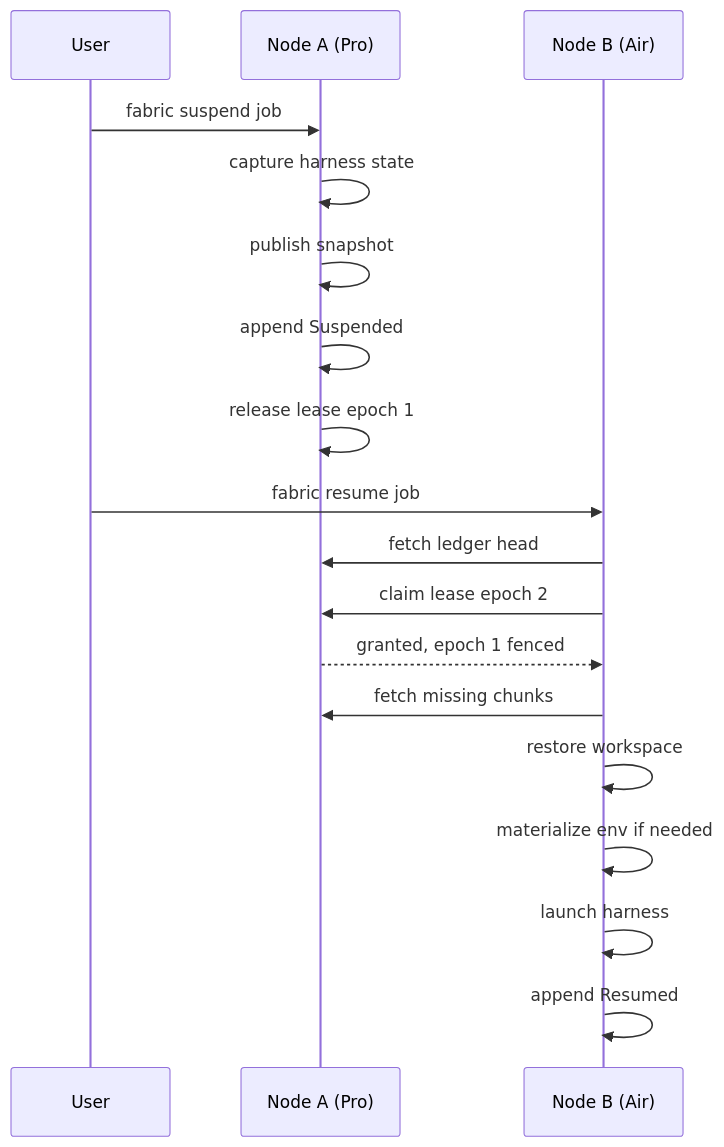
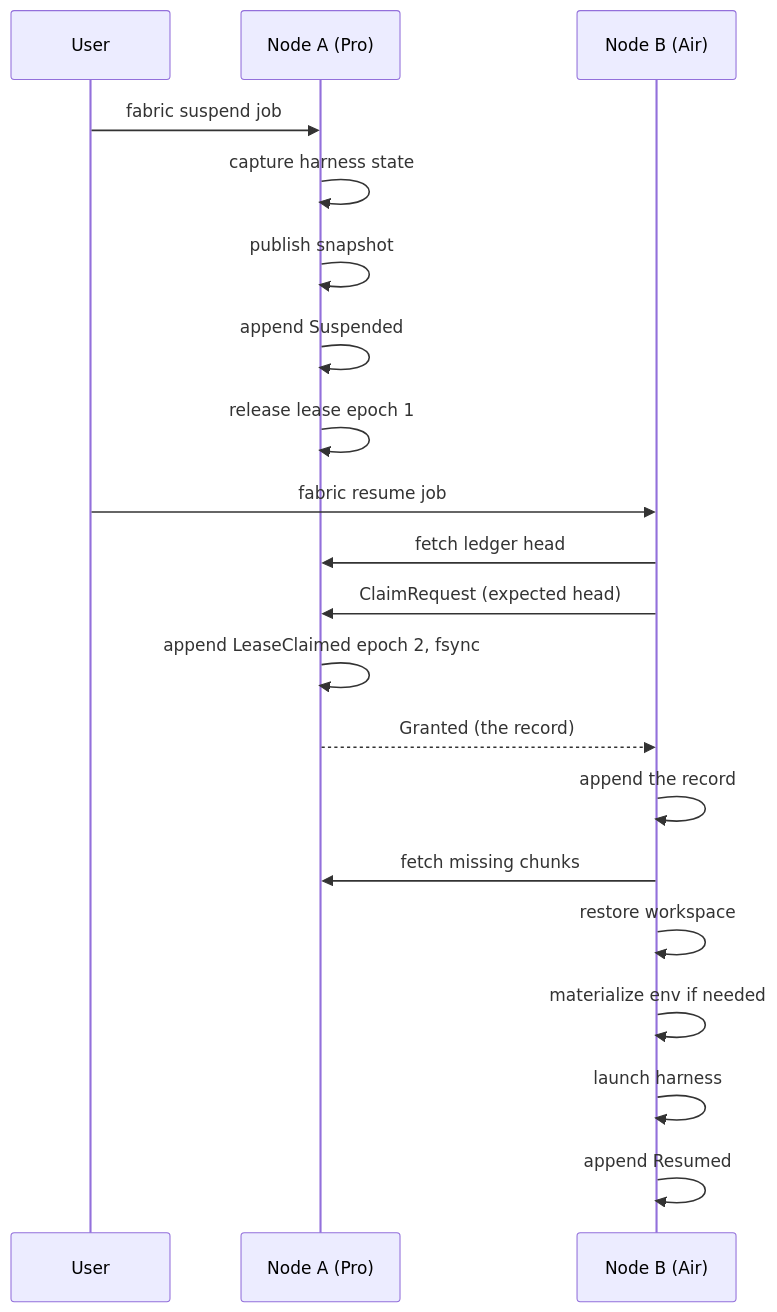
The diagram in docs/architecture.md (EfeDurmaz16/fabric), drawn with Mermaid before and after one commit. The commit also changed other lines of this file and 3 other files, not shown here.

First line of the commit message:
fix(adr): make a lease claim a request granted by one arbiter

````diff
--- a/docs/architecture.md
+++ b/docs/architecture.md
@@ -68,20 +68,22 @@
 ```mermaid
 sequenceDiagram
     participant U as User
     participant A as Node A (Pro)
     participant B as Node B (Air)
     U->>A: fabric suspend job
     A->>A: capture harness state
     A->>A: publish snapshot
     A->>A: append Suspended
     A->>A: release lease epoch 1
     U->>B: fabric resume job
     B->>A: fetch ledger head
-    B->>A: claim lease epoch 2
-    A-->>B: granted, epoch 1 fenced
+    B->>A: ClaimRequest (expected head)
+    A->>A: append LeaseClaimed epoch 2, fsync
+    A-->>B: Granted (the record)
+    B->>B: append the record
     B->>A: fetch missing chunks
     B->>B: restore workspace
     B->>B: materialize env if needed
     B->>B: launch harness
     B->>B: append Resumed
 ```
````
